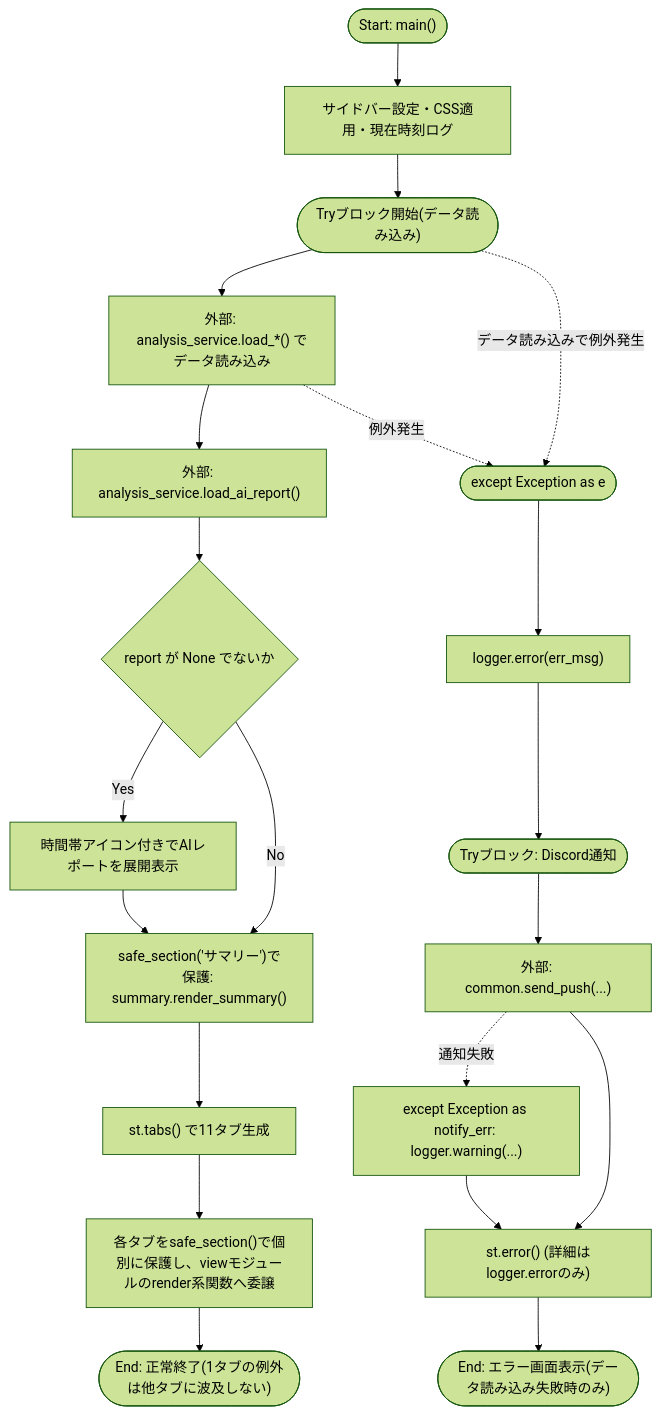
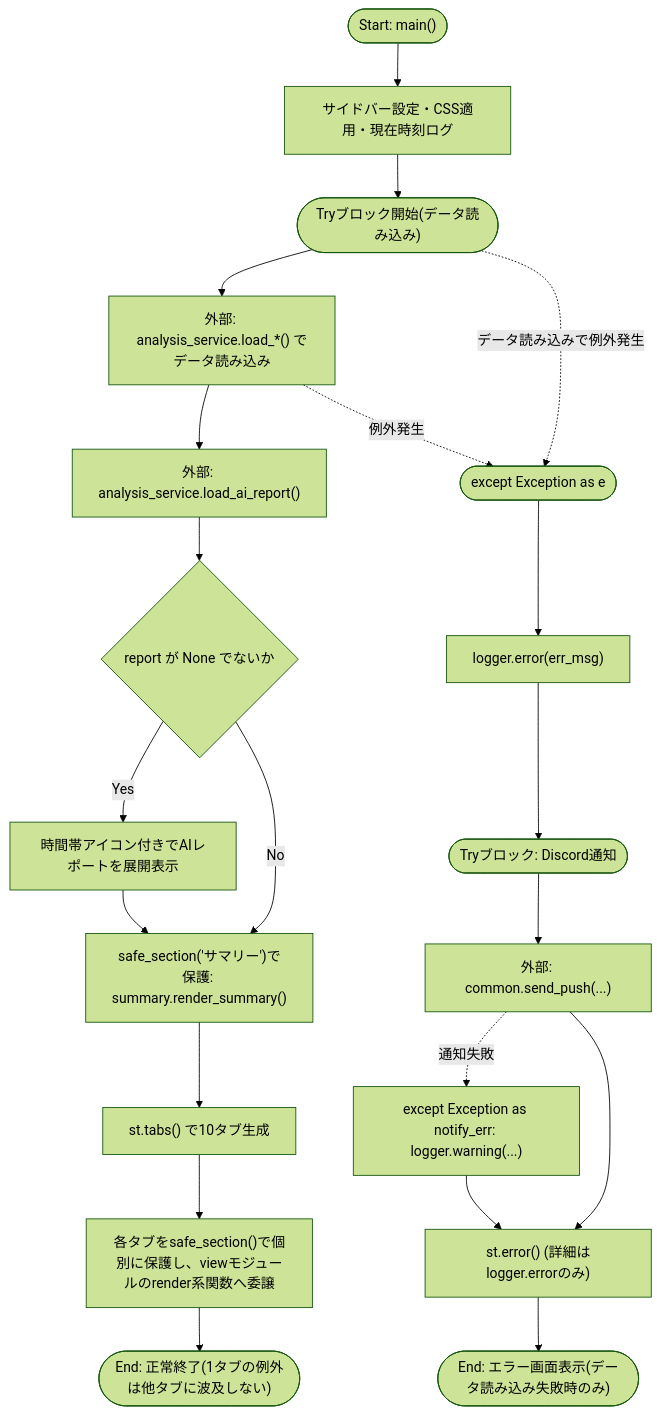
One commit to mmtigers/my_python_project changed the first of 2 diagrams in docs/specifications/MY_HOME_SYSTEM/dashboard.md. Above: the diagram before and after it, drawn with Mermaid (forest theme). The commit also changed other lines of this file and 10 other files, not shown here.

````diff
--- a/docs/specifications/MY_HOME_SYSTEM/dashboard.md
+++ b/docs/specifications/MY_HOME_SYSTEM/dashboard.md
@@ -146,27 +146,27 @@
 ```mermaid
 flowchart TD
     Start(["Start: main()"]) --> Sidebar["サイドバー設定・CSS適用・現在時刻ログ"]
     Sidebar --> TryStart(["Tryブロック開始(データ読み込み)"])
 
     TryStart --> LoadData["外部: analysis_service.load_*() でデータ読み込み"]
     LoadData --> LoadReport["外部: analysis_service.load_ai_report()"]
     LoadReport --> CheckReport{"report が None でないか"}
     CheckReport -- Yes --> RenderReport["時間帯アイコン付きでAIレポートを展開表示"]
     CheckReport -- No --> RenderSummary
     RenderReport --> RenderSummary["safe_section('サマリー')で保護: summary.render_summary()"]
 
-    RenderSummary --> CreateTabs["st.tabs() で11タブ生成"]
+    RenderSummary --> CreateTabs["st.tabs() で10タブ生成"]
     CreateTabs --> RenderTabs["各タブをsafe_section()で個別に保護し、viewモジュールのrender系関数へ委譲"]
     RenderTabs --> End(["End: 正常終了(1タブの例外は他タブに波及しない)"])
 
     TryStart -. データ読み込みで例外発生 .-> Catch(["except Exception as e"])
     LoadData -. 例外発生 .-> Catch
 
     Catch --> LogErr["logger.error(err_msg)"]
     LogErr --> TryNotify(["Tryブロック: Discord通知"])
     TryNotify --> SendPush["外部: common.send_push(...)"]
     SendPush -. 通知失敗 .-> LogWarn["except Exception as notify_err: logger.warning(...)"]
     SendPush --> ShowError
     LogWarn --> ShowError["st.error() (詳細はlogger.errorのみ)"]
     ShowError --> EndErr(["End: エラー画面表示(データ読み込み失敗時のみ)"])
 ```
````
